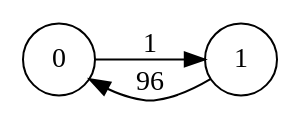
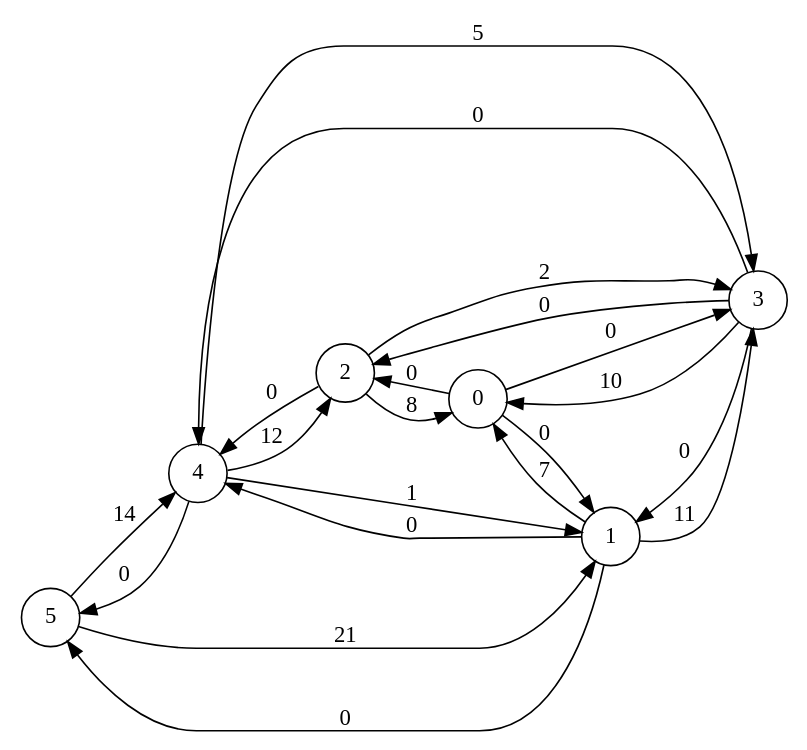
Before and after one commit to scanim-valentin/functional-programming-project: the diagram in GRAPH.dot, drawn with Graphviz. The commit also changed 6 other files, not shown here.

```diff
--- a/GRAPH.dot
+++ b/GRAPH.dot
@@ -1,7 +1,25 @@
 digraph my_graph {
     rankdir=LR;
     size="8,5"
     node [shape = circle];
-    0 -> 1 [label="1"];
-    1 -> 0 [label="96"];
+    5 -> 4 [label="14"];
+    5 -> 1 [label="21"];
+    4 -> 5 [label="0"];
+    4 -> 1 [label="1"];
+    4 -> 3 [label="5"];
+    4 -> 2 [label="12"];
+    1 -> 5 [label="0"];
+    1 -> 4 [label="0"];
+    1 -> 3 [label="11"];
+    1 -> 0 [label="7"];
+    3 -> 1 [label="0"];
+    3 -> 2 [label="0"];
+    3 -> 4 [label="0"];
+    3 -> 0 [label="10"];
+    0 -> 1 [label="0"];
+    0 -> 3 [label="0"];
+    0 -> 2 [label="0"];
+    2 -> 3 [label="2"];
+    2 -> 4 [label="0"];
+    2 -> 0 [label="8"];
 }
```
